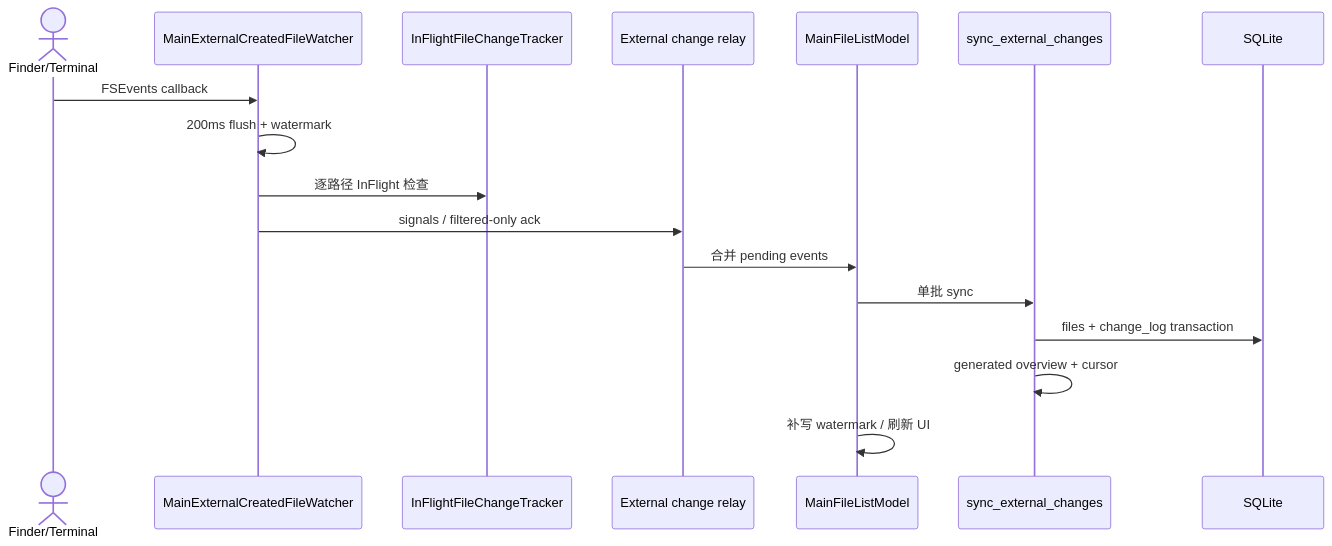
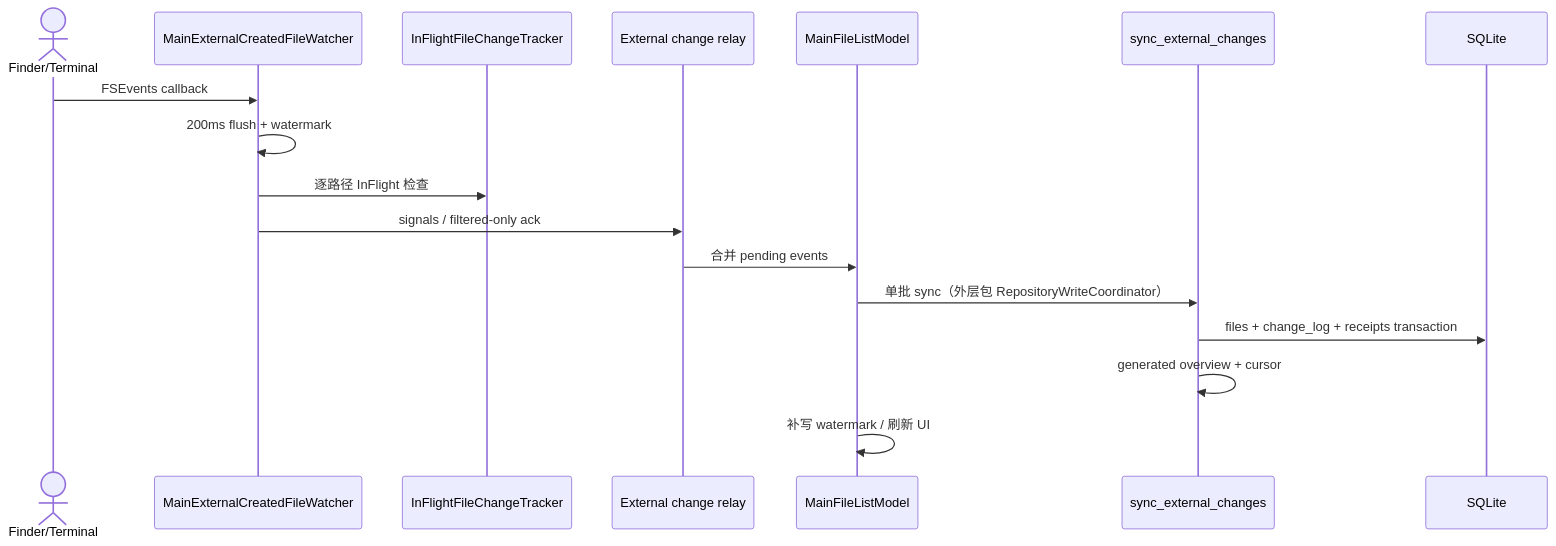
Before and after one commit to AreaSong/AreaMatrix: the third of 3 diagrams in docs/architecture/overview.md, drawn with Mermaid. The commit also changed 39 other files, not shown here.

````diff
--- a/docs/architecture/overview.md
+++ b/docs/architecture/overview.md
@@ -101,20 +101,20 @@
 ```mermaid
 sequenceDiagram
     actor external as Finder/Terminal
     participant watcher as MainExternalCreatedFileWatcher
     participant tracker as InFlightFileChangeTracker
     participant relay as External change relay
     participant model as MainFileListModel
     participant core as sync_external_changes
     participant db as SQLite
 
     external->>watcher: FSEvents callback
     watcher->>watcher: 200ms flush + watermark
     watcher->>tracker: 逐路径 InFlight 检查
     watcher->>relay: signals / filtered-only ack
     relay->>model: 合并 pending events
-    model->>core: 单批 sync
-    core->>db: files + change_log transaction
+    model->>core: 单批 sync（外层包 RepositoryWriteCoordinator）
+    core->>db: files + change_log + receipts transaction
     core->>core: generated overview + cursor
     model->>model: 补写 watermark / 刷新 UI
 ```
````
